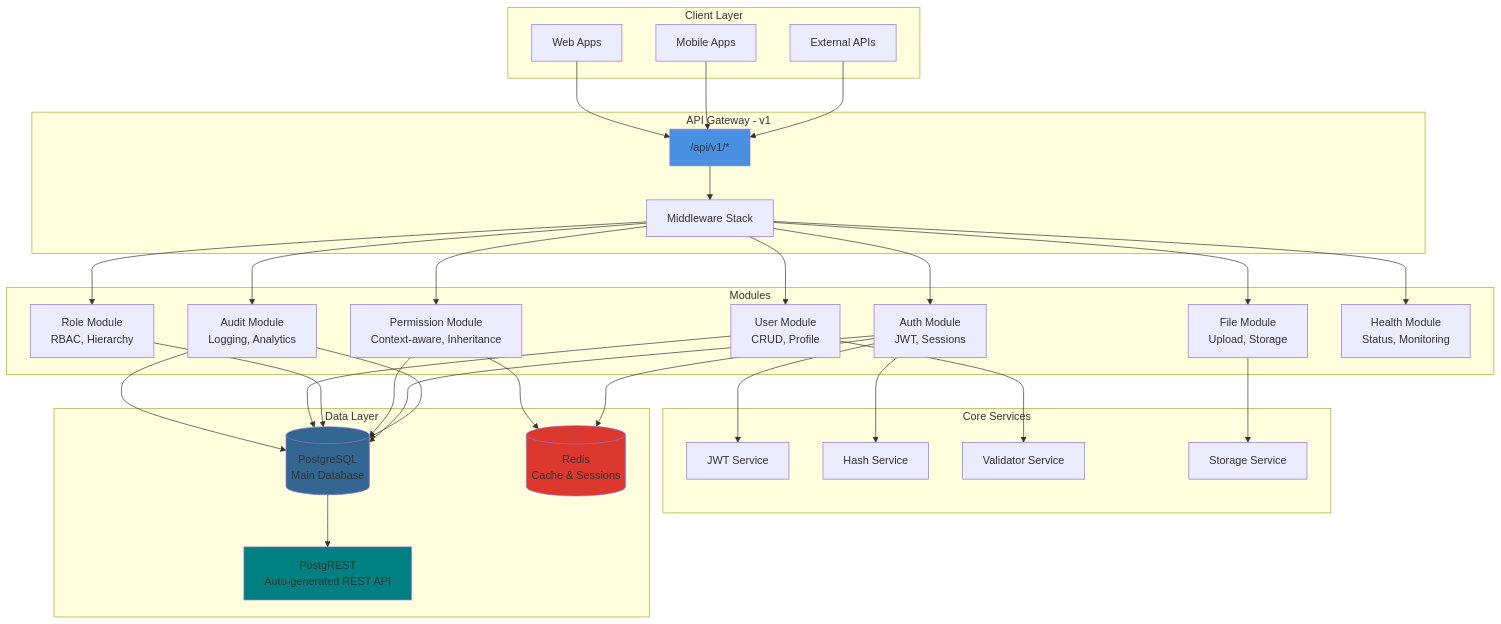
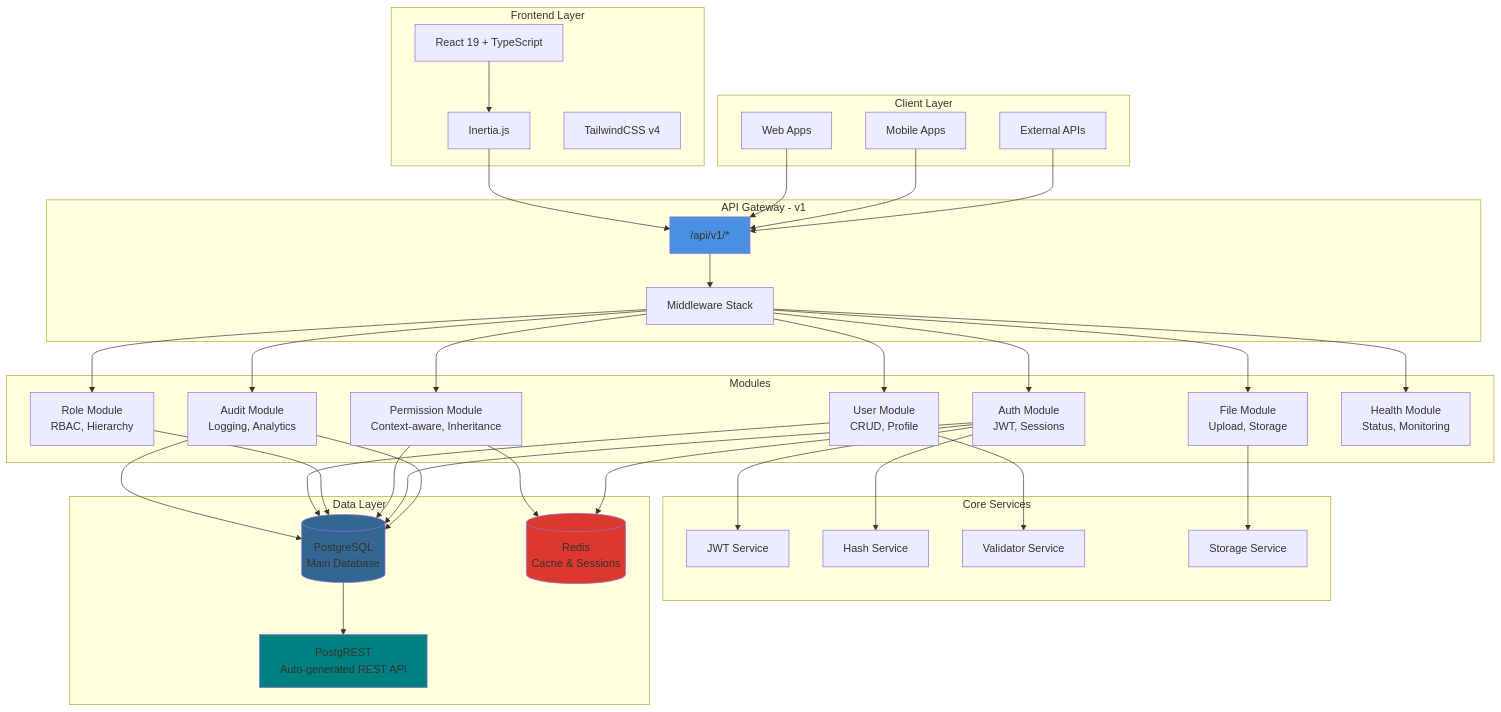
The first of 8 diagrams in README.md (gabrielmaialva33/yol-benicio-api), drawn with Mermaid before and after one commit. The commit also changed other lines of this file and 1 other file, not shown here.

Commit message:
chore: update README to include frontend architecture, role-based navigation system, and new features

````diff
--- a/README.md
+++ b/README.md
@@ -45,70 +41,78 @@
 ```mermaid
 graph TB
+    subgraph "Frontend Layer"
+        REACT[React 19 + TypeScript]
+        INERTIA[Inertia.js]
+        TAILWIND[TailwindCSS v4]
+    end
+
     subgraph "Client Layer"
         WEB[Web Apps]
         MOB[Mobile Apps]
         API[External APIs]
     end
 
     subgraph "API Gateway - v1"
         ROUTES["/api/v1/*"]
         MW[Middleware Stack]
     end
 
     subgraph "Modules"
         AUTH[Auth Module<br/>JWT, Sessions]
         USER[User Module<br/>CRUD, Profile]
         ROLE[Role Module<br/>RBAC, Hierarchy]
         PERM[Permission Module<br/>Context-aware, Inheritance]
         FILE[File Module<br/>Upload, Storage]
         AUDIT[Audit Module<br/>Logging, Analytics]
         HEALTH[Health Module<br/>Status, Monitoring]
     end
 
     subgraph "Core Services"
         JWT[JWT Service]
         HASH[Hash Service]
         VALIDATOR[Validator Service]
         STORAGE[Storage Service]
     end
 
     subgraph "Data Layer"
         TS[(PostgreSQL<br/>Main Database)]
         REDIS[(Redis<br/>Cache & Sessions)]
         PGREST[PostgREST<br/>Auto-generated REST API]
     end
 
+    REACT --> INERTIA
+    INERTIA --> ROUTES
     WEB --> ROUTES
     MOB --> ROUTES
     API --> ROUTES
 
     ROUTES --> MW
     MW --> AUTH
     MW --> USER
     MW --> ROLE
     MW --> PERM
     MW --> FILE
     MW --> AUDIT
     MW --> HEALTH
 
     AUTH --> JWT
     AUTH --> HASH
     USER --> VALIDATOR
     FILE --> STORAGE
     PERM --> REDIS
     AUDIT --> TS
 
     USER --> TS
     ROLE --> TS
     PERM --> TS
     AUTH --> TS
     AUTH --> REDIS
     AUDIT --> TS
 
     TS --> PGREST
 
     style ROUTES fill:#4A90E2
     style TS fill:#336791
     style REDIS fill:#DC382D
     style PGREST fill:#008080
 ```
````
